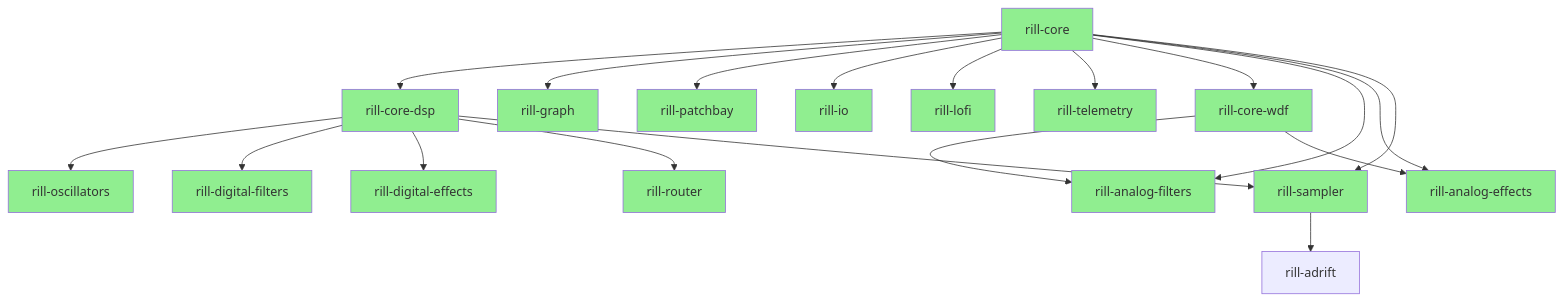
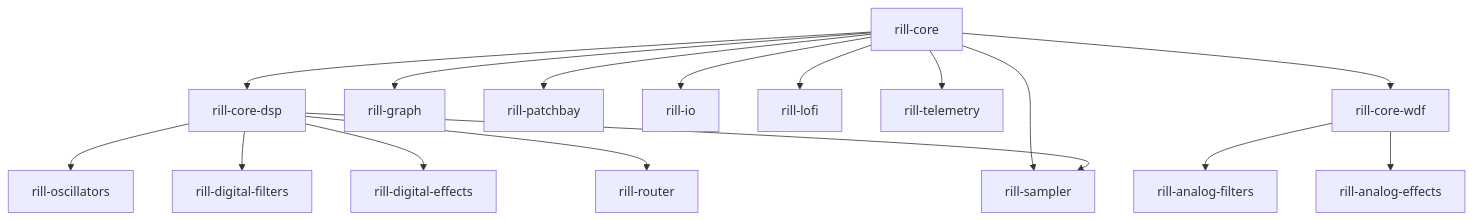
The diagram in README.md (digitalrats/rill), drawn with Mermaid before and after one commit. The commit also changed other lines of this file and 74 other files, not shown here.

````diff
--- a/README.md
+++ b/README.md
@@ -215,37 +96,18 @@
 ```mermaid
 graph TD
     CORE[rill-core] --> CORE_DSP[rill-core-dsp]
     CORE --> GRAPH[rill-graph]
     CORE_DSP --> OSC[rill-oscillators]
     CORE_DSP --> FILTERS[rill-digital-filters]
     CORE_DSP --> EFFECTS[rill-digital-effects]
     CORE_DSP --> ROUTER[rill-router]
     CORE --> PATCHBAY[rill-patchbay]
     CORE --> IO[rill-io]
     CORE --> LOFI[rill-lofi]
     CORE --> TELEMETRY[rill-telemetry]
     CORE --> CORE_WDF[rill-core-wdf]
-    CORE --> ANALOG_FILTERS[rill-analog-filters]
-    CORE --> ANALOG_EFFECTS[rill-analog-effects]
+    CORE_WDF --> ANALOG_FILTERS[rill-analog-filters]
+    CORE_WDF --> ANALOG_EFFECTS[rill-analog-effects]
     CORE --> SAMPLER[rill-sampler]
     CORE_DSP --> SAMPLER
-    CORE_WDF --> ANALOG_FILTERS
-    CORE_WDF --> ANALOG_EFFECTS
-    
-    SAMPLER --> ADRIFT[rill-adrift]
-    style CORE fill:#90ee90
-    style CORE_DSP fill:#90ee90
-    style GRAPH fill:#90ee90
-    style OSC fill:#90ee90
-    style FILTERS fill:#90ee90
-    style EFFECTS fill:#90ee90
-    style ROUTER fill:#90ee90
-    style PATCHBAY fill:#90ee90
-    style IO fill:#90ee90
-    style LOFI fill:#90ee90
-    style TELEMETRY fill:#90ee90
-    style CORE_WDF fill:#90ee90
-    style ANALOG_FILTERS fill:#90ee90
-    style ANALOG_EFFECTS fill:#90ee90
-    style SAMPLER fill:#90ee90
 ```
````
